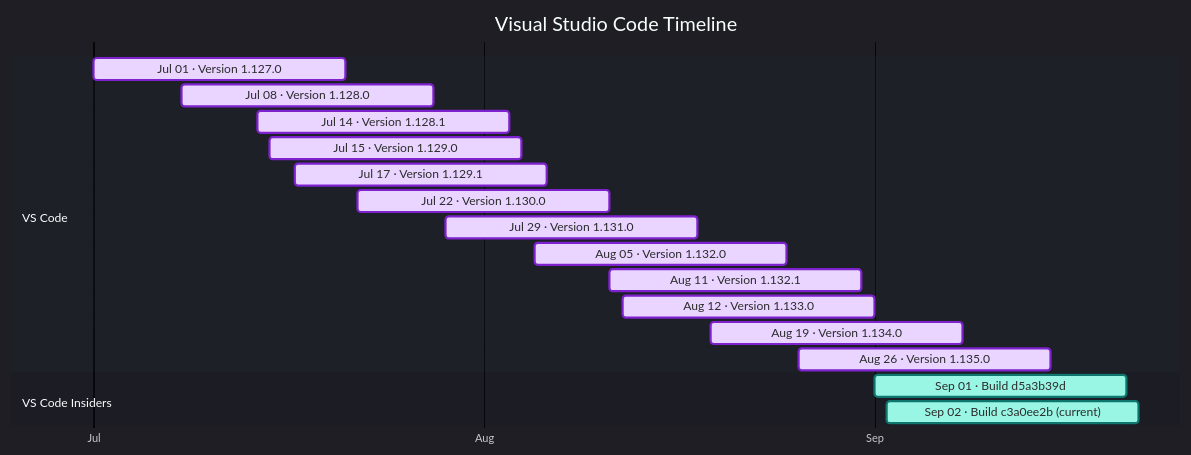
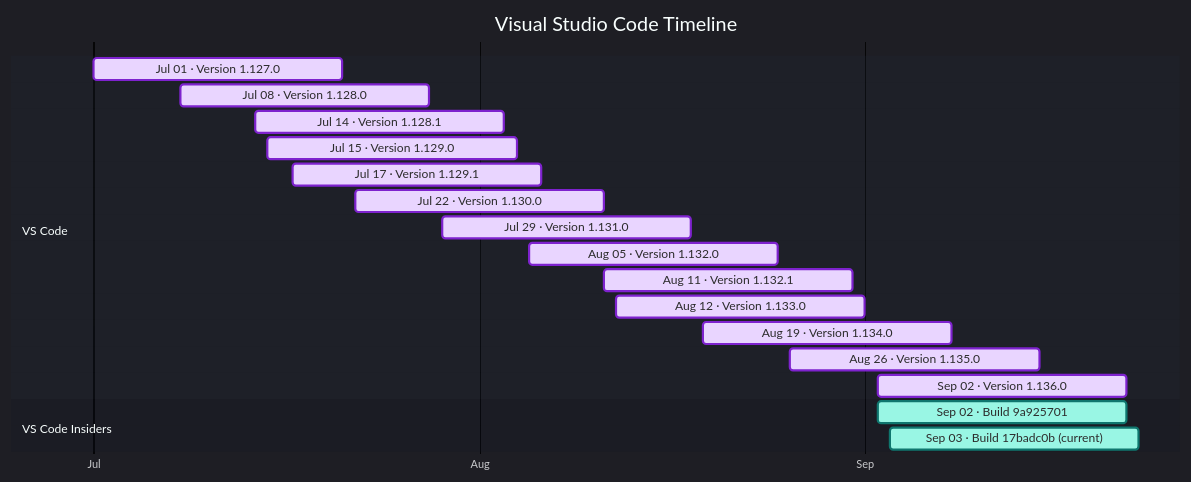
The diagram in docs/vscode.md (Oxelya-DevTools/VisualStudioUpdate), drawn with Mermaid before and after one commit. The commit also changed other lines of this file and 1 other file, not shown here.

````diff
--- a/docs/vscode.md
+++ b/docs/vscode.md
@@ -9,24 +9,25 @@
 ```mermaid
 %%{init: {'theme':'dark','themeVariables': { 'fontFamily': 'Segoe UI', 'fontSize': '24px', 'textColor': '#F3F4F6', 'titleTextColor': '#FFFFFF', 'taskTextColor': '#111827', 'taskTextLightColor': '#111827', 'taskTextOutsideColor': '#F3F4F6', 'taskBkgColor': '#BAE6FD', 'taskBorderColor': '#0369A1', 'doneTaskBkgColor': '#E9D5FF', 'doneTaskBorderColor': '#7E22CE', 'activeTaskBkgColor': '#99F6E4', 'activeTaskBorderColor': '#0F766E', 'critTaskBkgColor': '#FED7AA', 'critTaskBorderColor': '#C2410C', 'sectionBkgColor': '#1F2937', 'altSectionBkgColor': '#111827', 'gridColor': '#4B5563', 'todayLineColor': '#F87171' }}}%%
 gantt
     title Visual Studio Code Timeline
     dateFormat  YYYY-MM-DD
     axisFormat  %b
     tickInterval 1month
     section VS Code
     Jul 01 · Version 1.127.0 : done, vscode202607010, 2026-07-01, 20d
     Jul 08 · Version 1.128.0 : done, vscode202607081, 2026-07-08, 20d
     Jul 14 · Version 1.128.1 : done, vscode202607142, 2026-07-14, 20d
     Jul 15 · Version 1.129.0 : done, vscode202607153, 2026-07-15, 20d
     Jul 17 · Version 1.129.1 : done, vscode202607174, 2026-07-17, 20d
     Jul 22 · Version 1.130.0 : done, vscode202607225, 2026-07-22, 20d
     Jul 29 · Version 1.131.0 : done, vscode202607296, 2026-07-29, 20d
     Aug 05 · Version 1.132.0 : done, vscode202608057, 2026-08-05, 20d
     Aug 11 · Version 1.132.1 : done, vscode202608118, 2026-08-11, 20d
     Aug 12 · Version 1.133.0 : done, vscode202608129, 2026-08-12, 20d
     Aug 19 · Version 1.134.0 : done, vscode2026081910, 2026-08-19, 20d
     Aug 26 · Version 1.135.0 : done, vscode2026082611, 2026-08-26, 20d
+    Sep 02 · Version 1.136.0 : done, vscode2026090212, 2026-09-02, 20d
     section VS Code Insiders
-    Sep 01 · Build d5a3b39d : active, vscodeinsiders202609010, 2026-09-01, 20d
-    Sep 02 · Build c3a0ee2b (current) : active, vscodeinsiders202609021, 2026-09-02, 20d
+    Sep 02 · Build 9a925701 : active, vscodeinsiders202609020, 2026-09-02, 20d
+    Sep 03 · Build 17badc0b (current) : active, vscodeinsiders202609031, 2026-09-03, 20d
 ```
````
